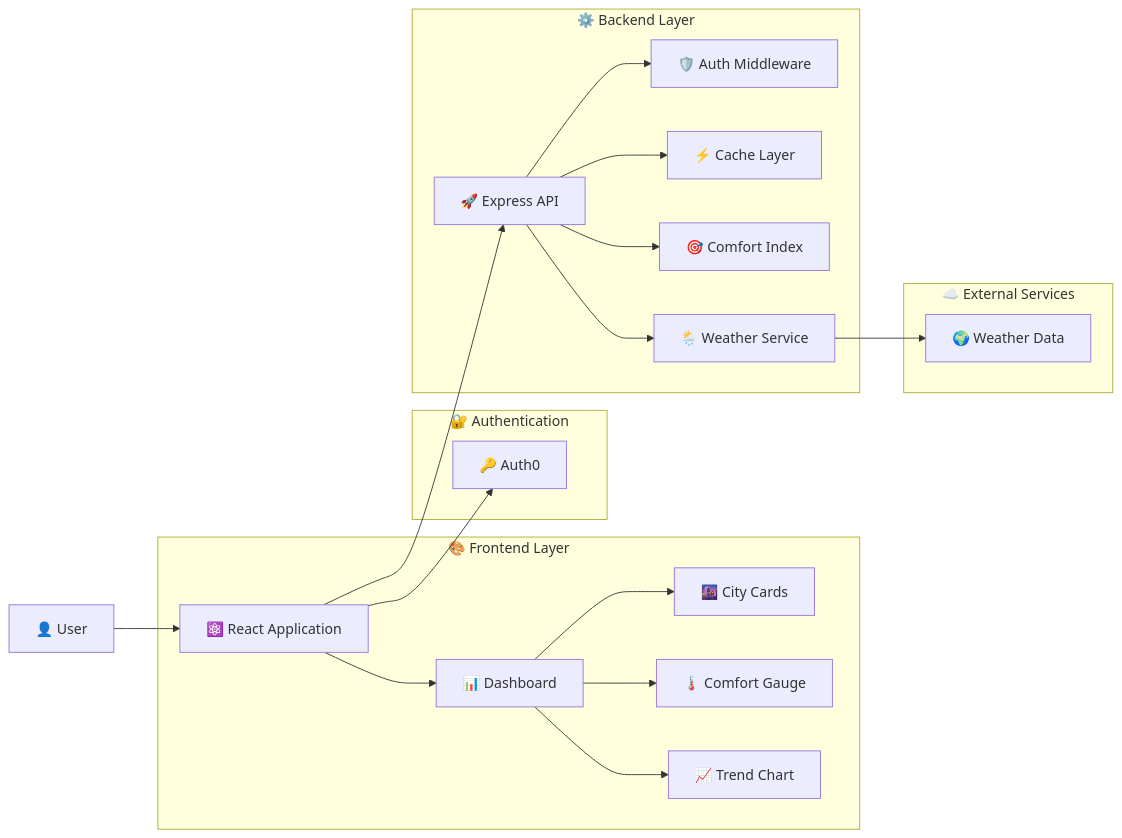
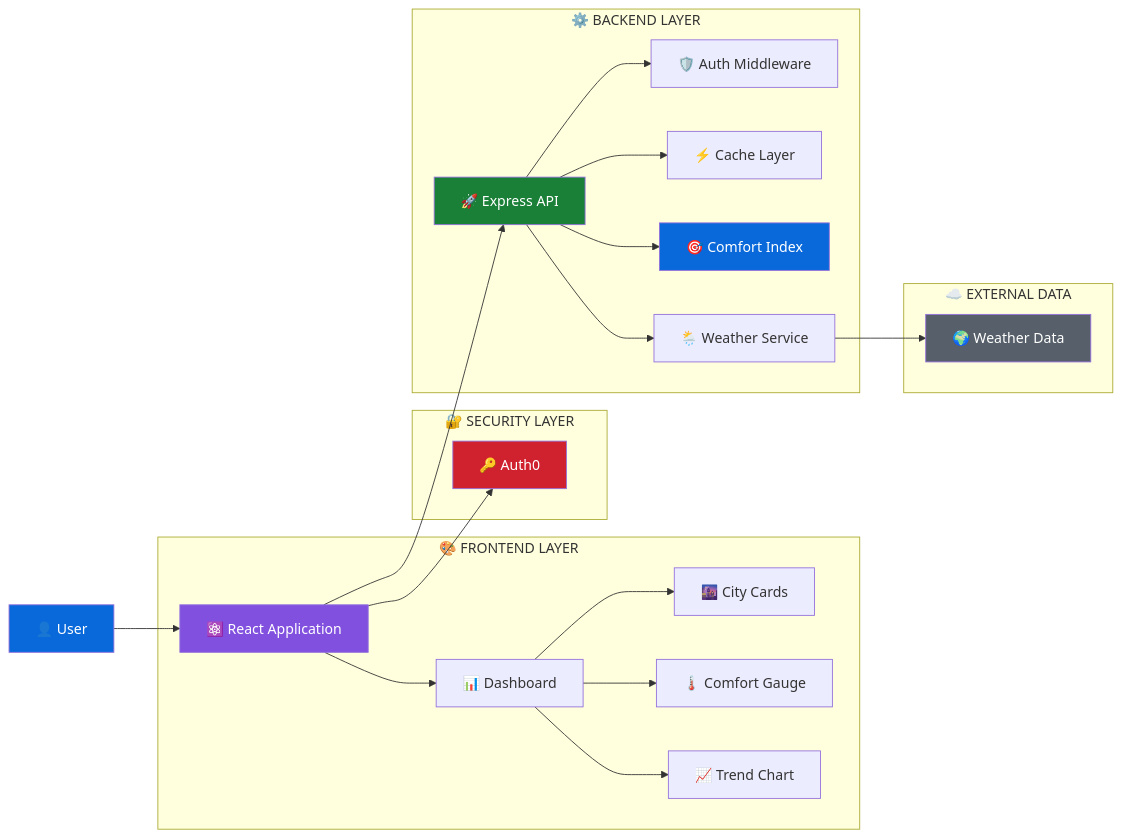
The third of 11 diagrams in README.md (Ahamed369/Fidenz-Weather-App), drawn with Mermaid before and after one commit. The commit also changed other lines of this file, not shown here.

````diff
--- a/README.md
+++ b/README.md
@@ -269,46 +347,53 @@
 ```mermaid
 flowchart LR
 
-    U["👤 User"]
+    USER["👤 User"]
 
-    subgraph FE["🎨 Frontend Layer"]
-        R["⚛️ React Application"]
-        D["📊 Dashboard"]
-        C["🌆 City Cards"]
-        G["🌡️ Comfort Gauge"]
-        T["📈 Trend Chart"]
+    subgraph FRONTEND["🎨 FRONTEND LAYER"]
+        REACT["⚛️ React Application"]
+        DASH["📊 Dashboard"]
+        CITY["🌆 City Cards"]
+        GAUGE["🌡️ Comfort Gauge"]
+        TREND["📈 Trend Chart"]
     end
 
-    subgraph SECURITY["🔐 Authentication"]
-        A["🔑 Auth0"]
+    subgraph SECURITY["🔐 SECURITY LAYER"]
+        AUTH0["🔑 Auth0"]
     end
 
-    subgraph BE["⚙️ Backend Layer"]
-        API["🚀 Express API"]
+    subgraph BACKEND["⚙️ BACKEND LAYER"]
+        EXPRESS["🚀 Express API"]
         AUTH["🛡️ Auth Middleware"]
         CACHE["⚡ Cache Layer"]
-        CI["🎯 Comfort Index"]
-        WS["🌦️ Weather Service"]
+        COMFORT["🎯 Comfort Index"]
+        WEATHER["🌦️ Weather Service"]
     end
 
-    subgraph EXT["☁️ External Services"]
-        WEATHER["🌍 Weather Data"]
+    subgraph EXTERNAL["☁️ EXTERNAL DATA"]
+        DATA["🌍 Weather Data"]
     end
 
-    U --> R
+    USER --> REACT
 
-    R --> D
-    D --> C
-    D --> G
-    D --> T
+    REACT --> DASH
+    DASH --> CITY
+    DASH --> GAUGE
+    DASH --> TREND
 
-    R --> A
-    R --> API
+    REACT --> AUTH0
+    REACT --> EXPRESS
 
-    API --> AUTH
-    API --> CACHE
-    API --> CI
-    API --> WS
+    EXPRESS --> AUTH
+    EXPRESS --> CACHE
+    EXPRESS --> COMFORT
+    EXPRESS --> WEATHER
 
-    WS --> WEATHER
+    WEATHER --> DATA
+
+    style USER fill:#0969DA,color:#ffffff
+    style REACT fill:#8250DF,color:#ffffff
+    style EXPRESS fill:#1A7F37,color:#ffffff
+    style AUTH0 fill:#CF222E,color:#ffffff
+    style COMFORT fill:#0969DA,color:#ffffff
+    style DATA fill:#57606A,color:#ffffff
 ```
````
